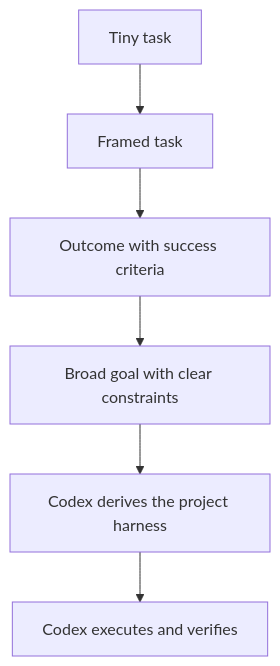
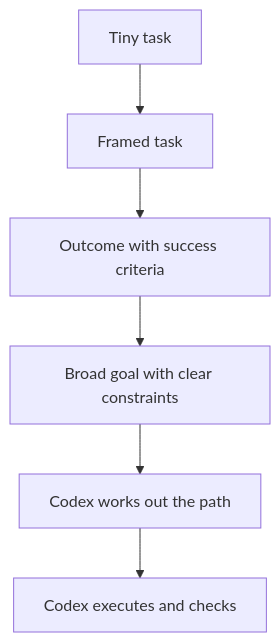
One commit to jremick/codexmaxxing changed the diagram in guides/thinking-abstraction-level.md. Above: the diagram before and after it, drawn with Mermaid. The commit also changed other lines of this file and 38 other files, not shown here.

````diff
--- a/guides/thinking-abstraction-level.md
+++ b/guides/thinking-abstraction-level.md
@@ -9,8 +9,8 @@
 ```mermaid
 flowchart TD
   A["Tiny task"] --> B["Framed task"]
   B --> C["Outcome with success criteria"]
   C --> D["Broad goal with clear constraints"]
-  D --> E["Codex derives the project harness"]
-  E --> F["Codex executes and verifies"]
+  D --> E["Codex works out the path"]
+  E --> F["Codex executes and checks"]
 ```
````
